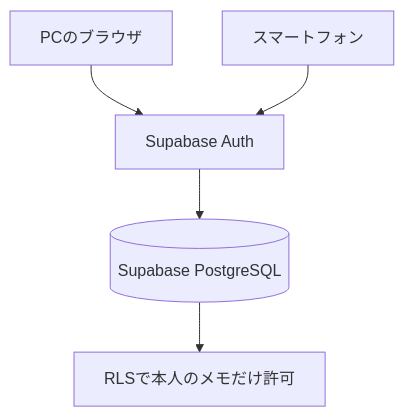
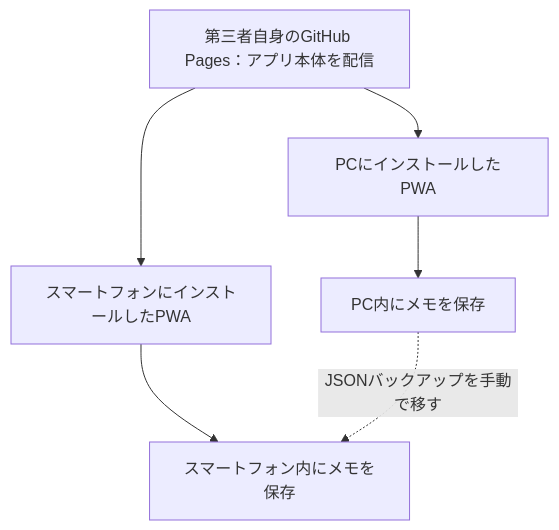
One commit to kazunyon/situgosyou changed the diagram in doc/installation_guide.md. Above: the diagram before and after it, drawn with Mermaid. The commit also changed other lines of this file, not shown here.

````diff
--- a/doc/installation_guide.md
+++ b/doc/installation_guide.md
@@ -114,7 +43,9 @@
 ```mermaid
 flowchart TD
-    PC[PCのブラウザ] --> AUTH[Supabase Auth]
-    PHONE[スマートフォン] --> AUTH
-    AUTH --> DB[(Supabase PostgreSQL)]
-    DB --> RLS[RLSで本人のメモだけ許可]
+    PAGES[第三者自身のGitHub Pages：アプリ本体を配信]
+    PAGES --> PC[PCにインストールしたPWA]
+    PAGES --> PHONE[スマートフォンにインストールしたPWA]
+    PC --> PCSTORE[PC内にメモを保存]
+    PHONE --> PHONESTORE[スマートフォン内にメモを保存]
+    PCSTORE -. JSONバックアップを手動で移す .-> PHONESTORE
 ```
````
